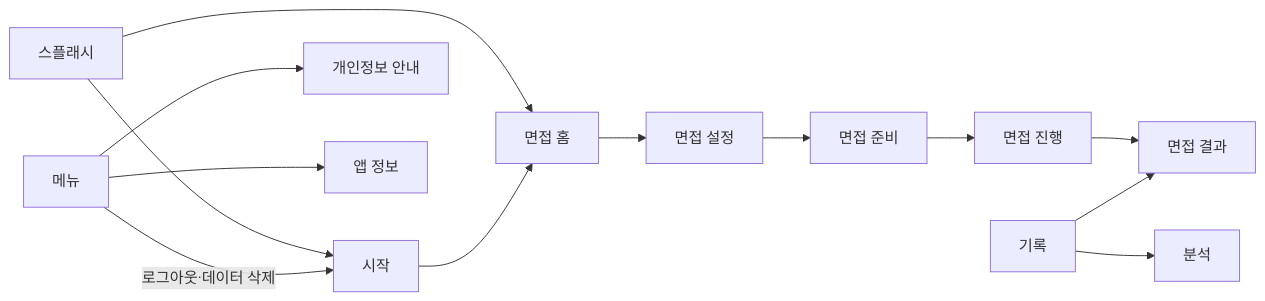
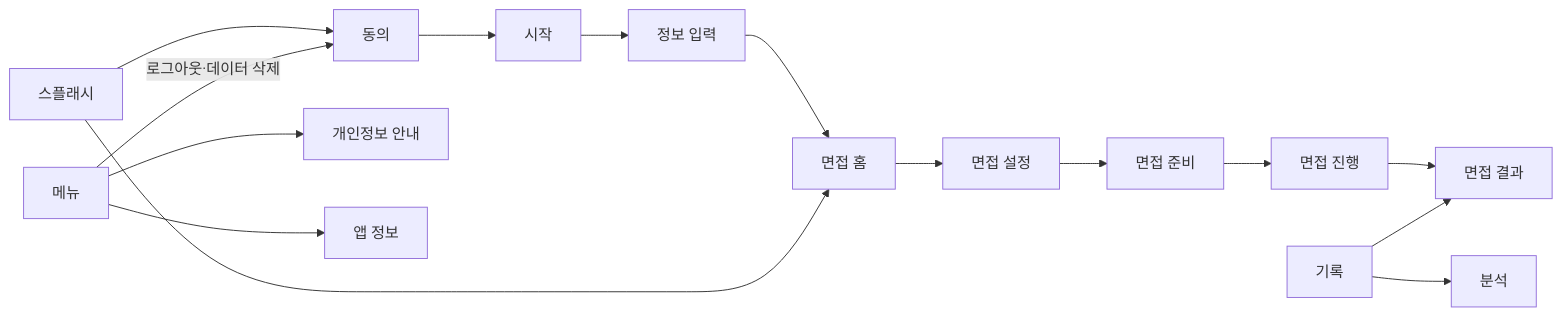
Before and after one commit to znak99/JEC-FirstStepToCareer: the diagram in docs/ui-design/SITE_MAP.md, drawn with Mermaid. The commit also changed other lines of this file and 16 other files, not shown here.

````diff
--- a/docs/ui-design/SITE_MAP.md
+++ b/docs/ui-design/SITE_MAP.md
@@ -47,12 +51,11 @@
 ```mermaid
 flowchart LR
-  S13[스플래시] --> S00[시작]
-  S13 --> S01[면접 홈]
-  S00 --> S01
+  S13[스플래시] --> S14[동의] --> S00[시작] --> S15[정보 입력] --> S01[면접 홈]
+  S13 --> S01
   S01 --> S02[면접 설정] --> S03[면접 준비] --> S04[면접 진행] --> S05[면접 결과]
   S08[기록] --> S05
   S08 --> S12[분석]
   S09[메뉴] --> S10[개인정보 안내]
   S09 --> S11[앱 정보]
-  S09 -- 로그아웃·데이터 삭제 --> S00
+  S09 -- 로그아웃·데이터 삭제 --> S14
 ```
````
